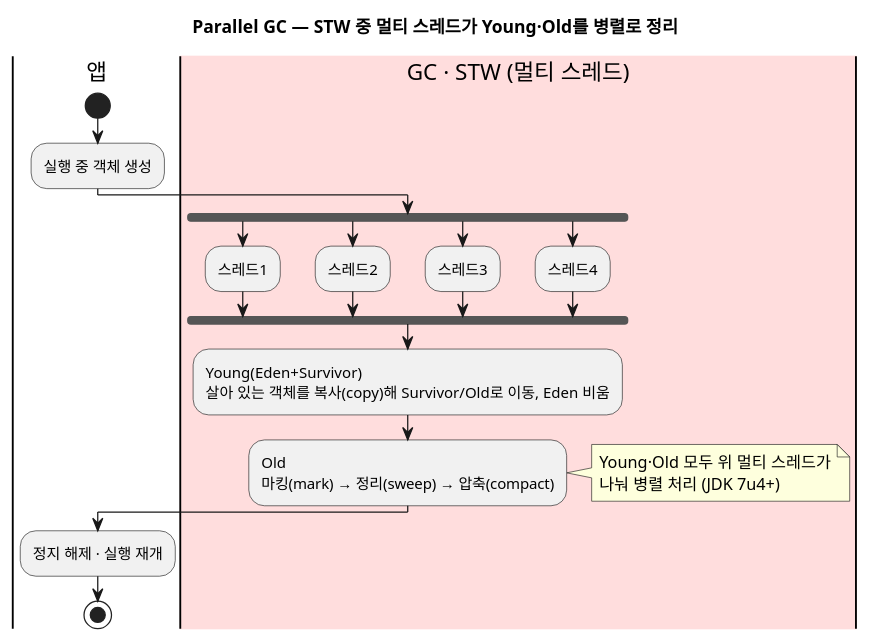
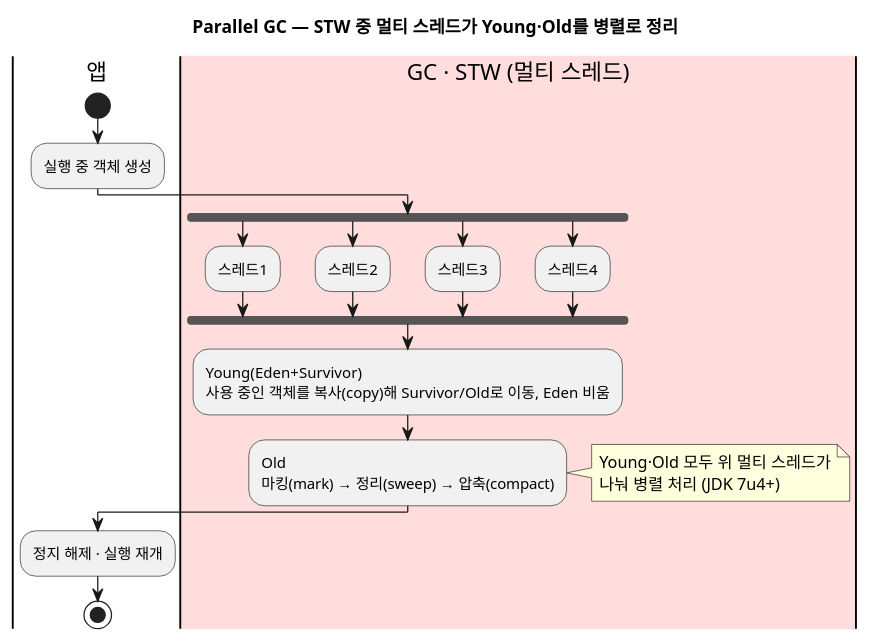
The fourth of 10 diagrams in blog/2026-08-18-java-gc-types.mdx (johnycho/johny-dev), drawn with PlantUML before and after one commit. The commit also changed other lines of this file and 42 other files, not shown here.

First line of the commit message:
post: MySQL GET_LOCK 분산 락 글 + java-gc 다이어그램·표현 정비, 지양어 다수

````diff
--- a/blog/2026-08-18-java-gc-types.mdx
+++ b/blog/2026-08-18-java-gc-types.mdx
@@ -166,27 +166,27 @@
 ```plantuml
 @startuml
 title Parallel GC — STW 중 멀티 스레드가 Young·Old를 병렬로 정리
 |앱|
 start
 :실행 중 객체 생성;
 |#FFDDDD|GC · STW (멀티 스레드)|
 fork
   :스레드1;
 fork again
   :스레드2;
 fork again
   :스레드3;
 fork again
   :스레드4;
 end fork
-:Young(Eden+Survivor)\n살아 있는 객체를 복사(copy)해 Survivor/Old로 이동, Eden 비움;
+:Young(Eden+Survivor)\n사용 중인 객체를 복사(copy)해 Survivor/Old로 이동, Eden 비움;
 :Old\n마킹(mark) → 정리(sweep) → 압축(compact);
 note right
   Young·Old 모두 위 멀티 스레드가
   나눠 병렬 처리 (JDK 7u4+)
 end note
 |앱|
 :정지 해제 · 실행 재개;
 stop
 @enduml
 ```
````
